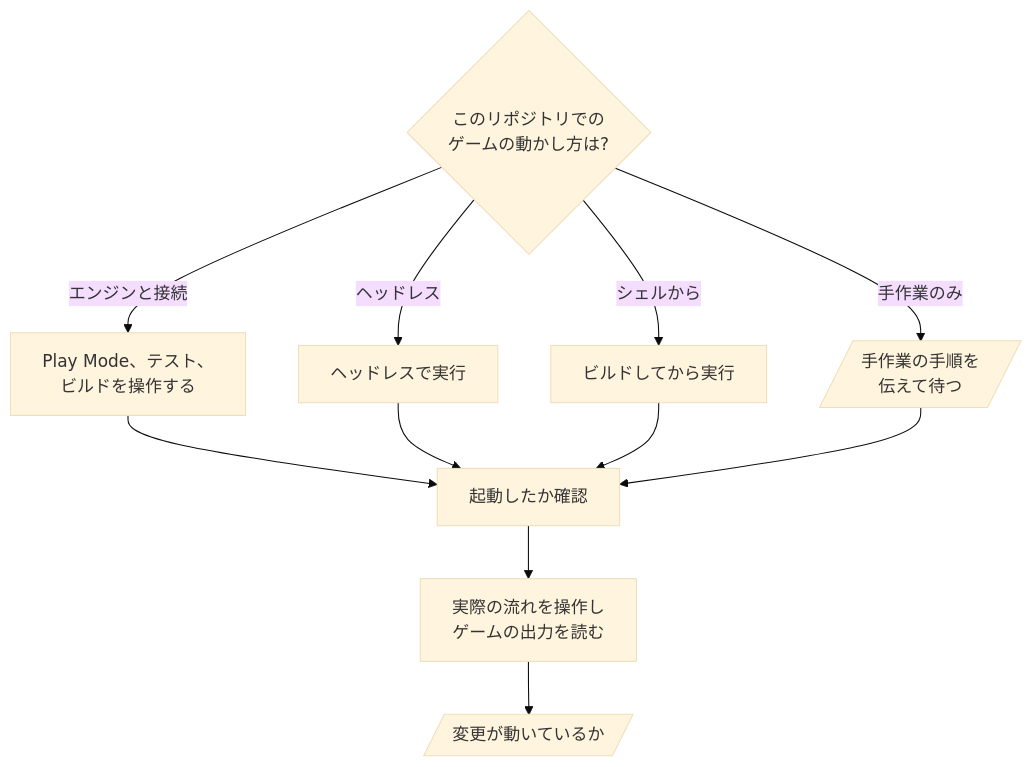
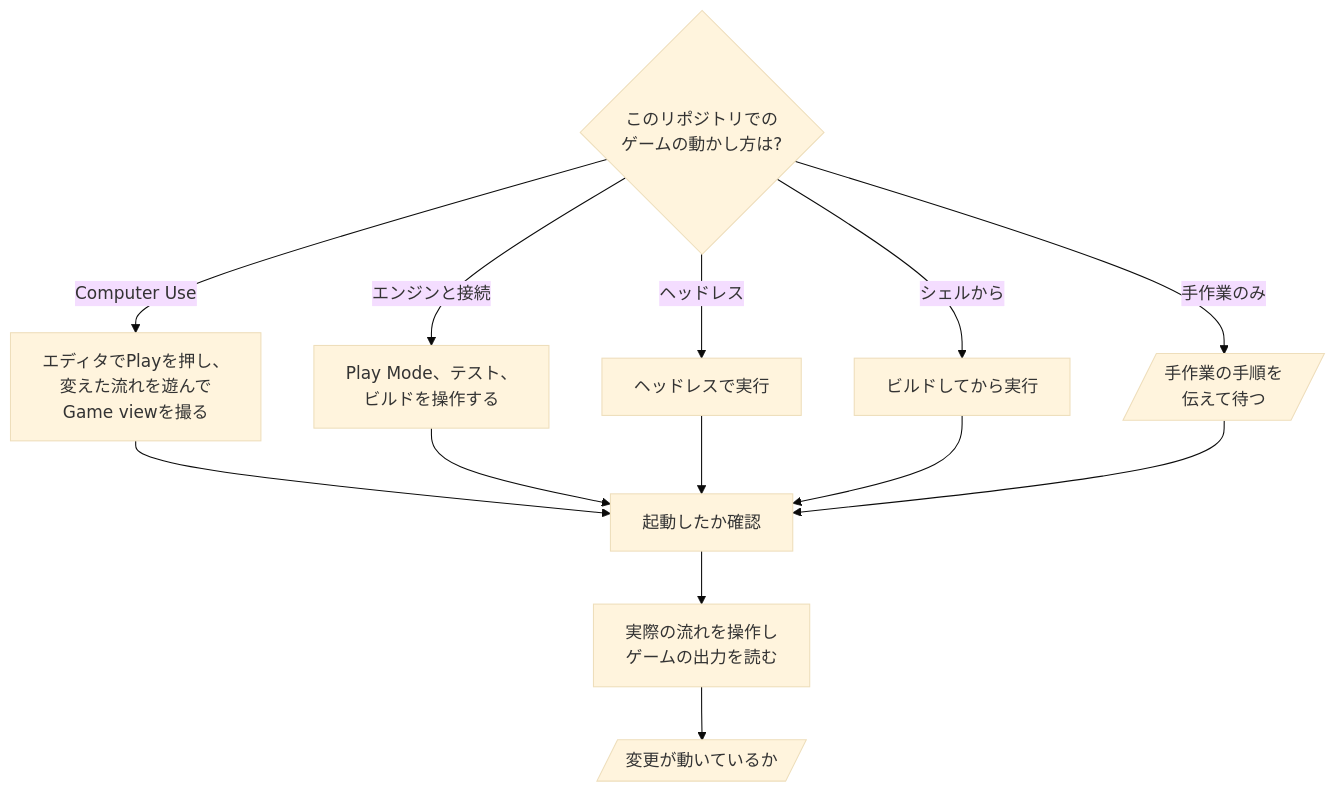
One commit to omni-stove/skill-kit changed the diagram in domains/game/skills/run/README.ja.md. Above: the diagram before and after it, drawn with Mermaid (base theme). The commit also changed 23 other files, not shown here.

````diff
--- a/domains/game/skills/run/README.ja.md
+++ b/domains/game/skills/run/README.ja.md
@@ -3,14 +3,16 @@
 ```mermaid
 flowchart TD
   how{このリポジトリでの<br/>ゲームの動かし方は?}
+  how -- "Computer Use" --> play_ed[エディタでPlayを押し、<br/>変えた流れを遊んで<br/>Game viewを撮る]
   how -- "エンジンと接続" --> drive[Play Mode、テスト、<br/>ビルドを操作する]
   how -- "ヘッドレス" --> headless[ヘッドレスで実行]
   how -- "シェルから" --> build[ビルドしてから実行]
   how -- "手作業のみ" --> manual[/手作業の手順を<br/>伝えて待つ/]
+  play_ed --> up
   drive --> up[起動したか確認]
   headless --> up
   build --> up
   manual --> up
   up --> play[実際の流れを操作し<br/>ゲームの出力を読む]
   play --> result[/変更が動いているか/]
 ```
````
